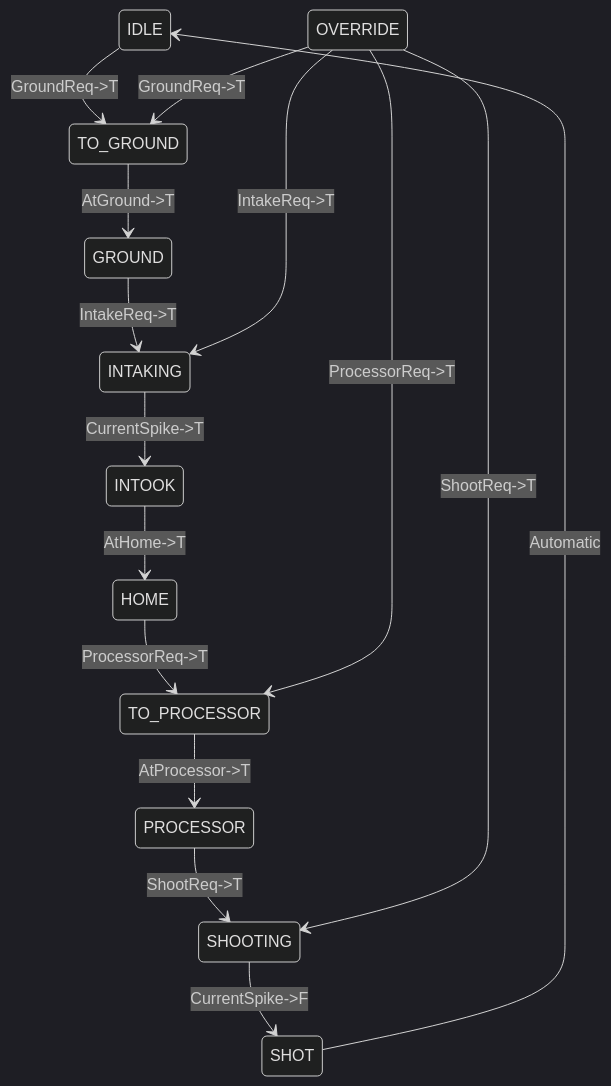
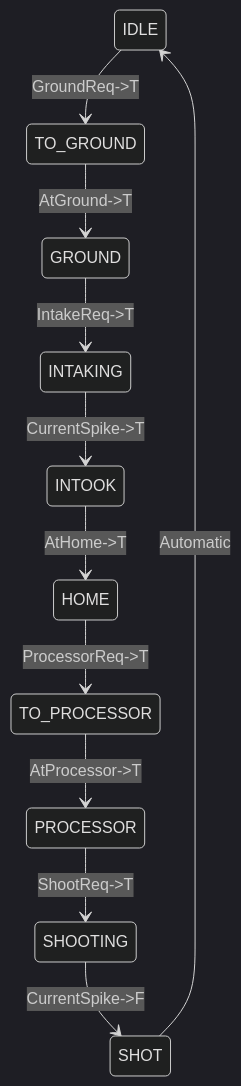
One commit to WaltonRobotics/Reefscape changed the diagram in docs/Algae.md. Above: the diagram before and after it, drawn with Mermaid (dark theme). The commit also changed other lines of this file and 6 other files, not shown here.

````diff
--- a/docs/Algae.md
+++ b/docs/Algae.md
@@ -16,30 +16,25 @@
 ```mermaid
 stateDiagram
     state "IDLE" as s1
     state "TO_GROUND" as s2
     state "GROUND" as s3
     state "INTAKING" as s4
     state "INTOOK" as s5
     state "HOME" as s6
     state "TO_PROCESSOR" as s7
     state "PROCESSOR" as s8
     state "SHOOTING" as s9
     state "SHOT" as s10
-    state "OVERRIDE" as s11
 
     s1 --> s2: GroundReq->T
     s2 --> s3: AtGround->T
     s3 --> s4: IntakeReq->T
     s4 --> s5: CurrentSpike->T
     s5 --> s6: AtHome->T
     s6 --> s7: ProcessorReq->T
     s7 --> s8: AtProcessor->T
     s8 --> s9: ShootReq->T
     s9 --> s10: CurrentSpike->F
     s10 --> s1: Automatic
-    s11 --> s2: GroundReq->T
-    s11 --> s4: IntakeReq->T
-    s11 --> s7: ProcessorReq->T
-    s11 --> s9: ShootReq->T
 
 ```
````
